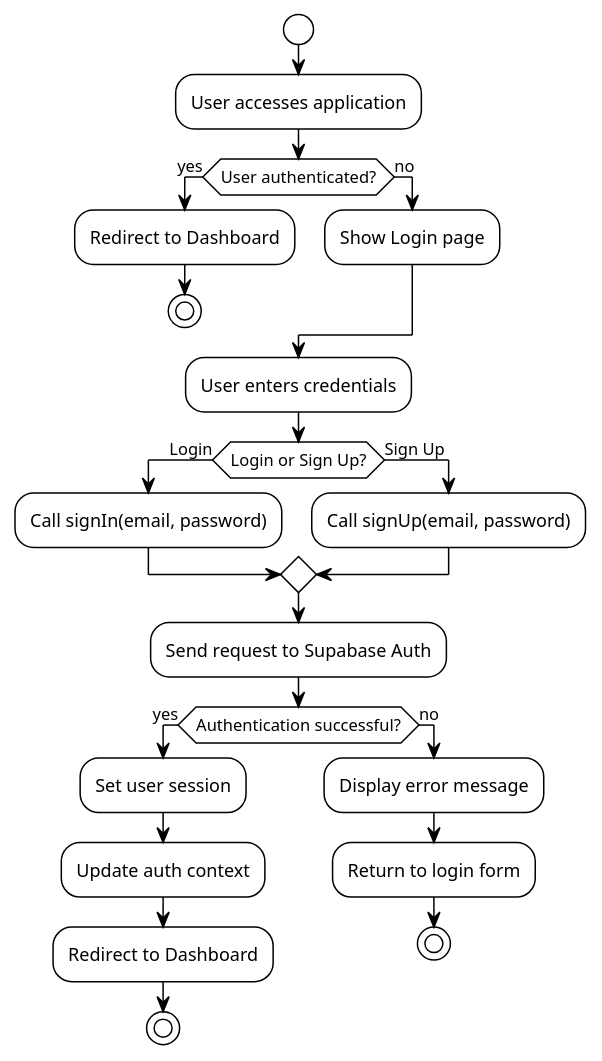
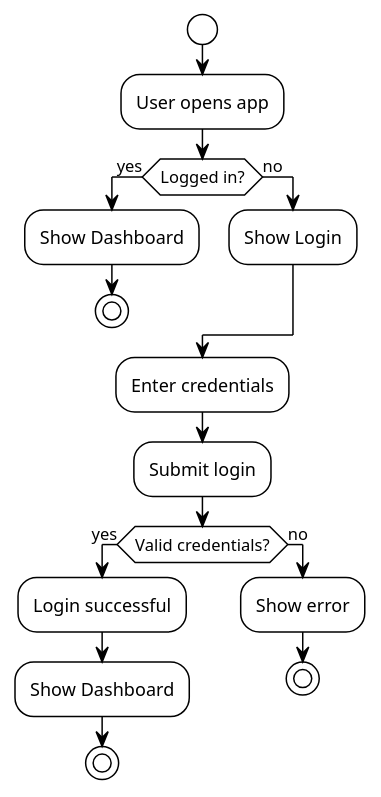
Before and after one commit to Karthik7664/task_management: the diagram in docs/diagrams/activity-diagram.puml, drawn with PlantUML. The commit also changed 4 other files, not shown here.

Commit message:
Simplify UML Diagrams

```diff
--- a/docs/diagrams/activity-diagram.puml
+++ b/docs/diagrams/activity-diagram.puml
@@ -1,37 +1,28 @@
 @startuml
 !theme plain
 skinparam backgroundColor white
 
 start
 
-:User accesses application;
+:User opens app;
 
-if (User authenticated?) then (yes)
-  :Redirect to Dashboard;
+if (Logged in?) then (yes)
+  :Show Dashboard;
   stop
 else (no)
-  :Show Login page;
+  :Show Login;
 endif
 
-:User enters credentials;
+:Enter credentials;
+:Submit login;
 
-if (Login or Sign Up?) then (Login)
-  :Call signIn(email, password);
-else (Sign Up)
-  :Call signUp(email, password);
-endif
-
-:Send request to Supabase Auth;
-
-if (Authentication successful?) then (yes)
-  :Set user session;
-  :Update auth context;
-  :Redirect to Dashboard;
+if (Valid credentials?) then (yes)
+  :Login successful;
+  :Show Dashboard;
   stop
 else (no)
-  :Display error message;
-  :Return to login form;
+  :Show error;
   stop
 endif
 
 @enduml
```
